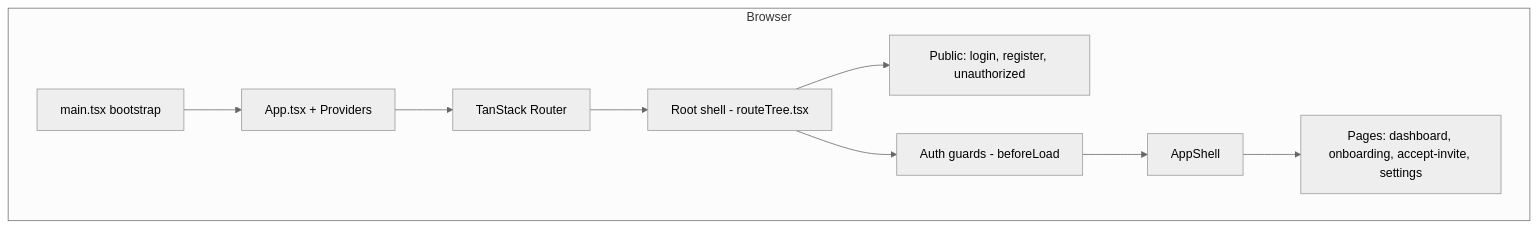
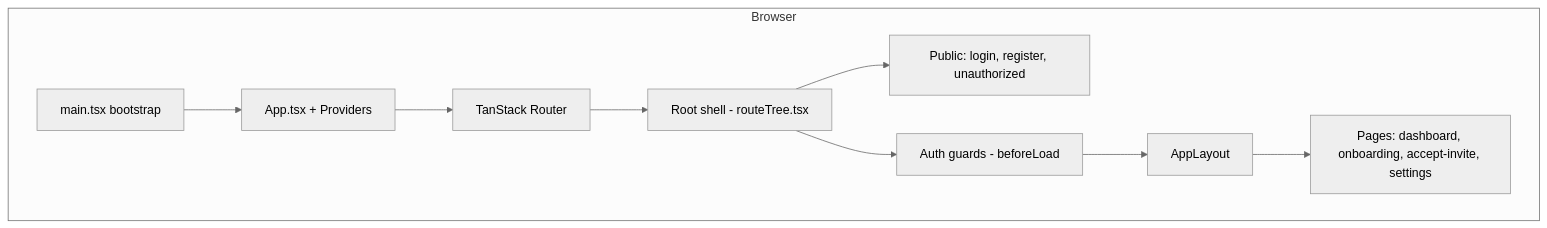
One commit to nikunjmavani/core-fe changed the first of 2 diagrams in README.md. Above: the diagram before and after it, drawn with Mermaid (neutral theme). The commit also changed 22 other files, not shown here.

First line of the commit message:
refactor(layouts): rename AppShell → AppLayout (testid app-shell → app-layout)

````diff
--- a/README.md
+++ b/README.md
@@ -155,16 +155,16 @@
 ```mermaid
 flowchart TB
   subgraph Browser
     A[main.tsx bootstrap]
     B[App.tsx + Providers]
     C[TanStack Router]
     D[Root shell - routeTree.tsx]
     E[Public: login, register, unauthorized]
     F[Auth guards - beforeLoad]
-    G[AppShell]
+    G[AppLayout]
     H[Pages: dashboard, onboarding, accept-invite, settings]
   end
   A --> B --> C --> D
   D --> E
   D --> F --> G --> H
 ```
````
